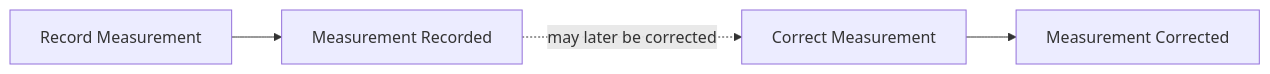
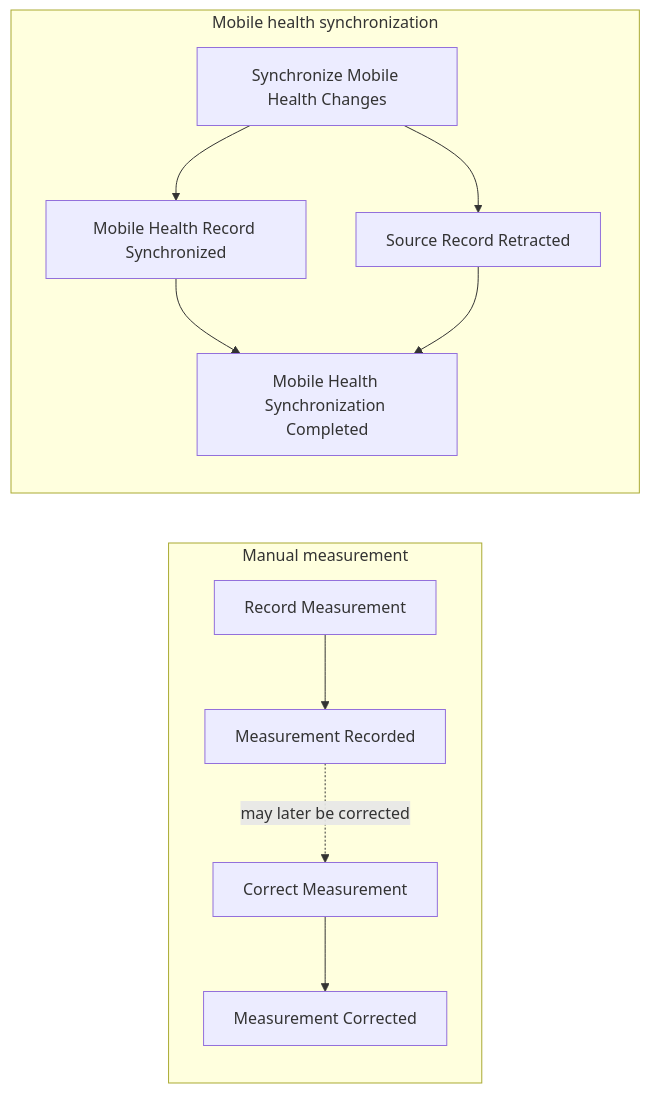
Before and after one commit to ragavsathish/medplum: the second of 4 diagrams in examples/medplum-health-tracking/src/contexts/health-tracking/EVENT_STORMING.md, drawn with Mermaid. The commit also changed other lines of this file and 2 other files, not shown here.

Commit message:
docs: align health tracking design context

````diff
--- a/examples/medplum-health-tracking/src/contexts/health-tracking/EVENT_STORMING.md
+++ b/examples/medplum-health-tracking/src/contexts/health-tracking/EVENT_STORMING.md
@@ -32,6 +52,15 @@
 ```mermaid
 flowchart LR
-    Record["Record Measurement"] --> Recorded["Measurement Recorded"]
-    Recorded -. "may later be corrected" .-> Correct["Correct Measurement"]
-    Correct --> Corrected["Measurement Corrected"]
+    subgraph Manual["Manual measurement"]
+        Record["Record Measurement"] --> Recorded["Measurement Recorded"]
+        Recorded -. "may later be corrected" .-> Correct["Correct Measurement"]
+        Correct --> Corrected["Measurement Corrected"]
+    end
+
+    subgraph Mobile["Mobile health synchronization"]
+        Sync["Synchronize Mobile Health Changes"] --> Synchronized["Mobile Health Record Synchronized"]
+        Sync --> Retracted["Source Record Retracted"]
+        Synchronized --> Completed["Mobile Health Synchronization Completed"]
+        Retracted --> Completed
+    end
 ```
````
